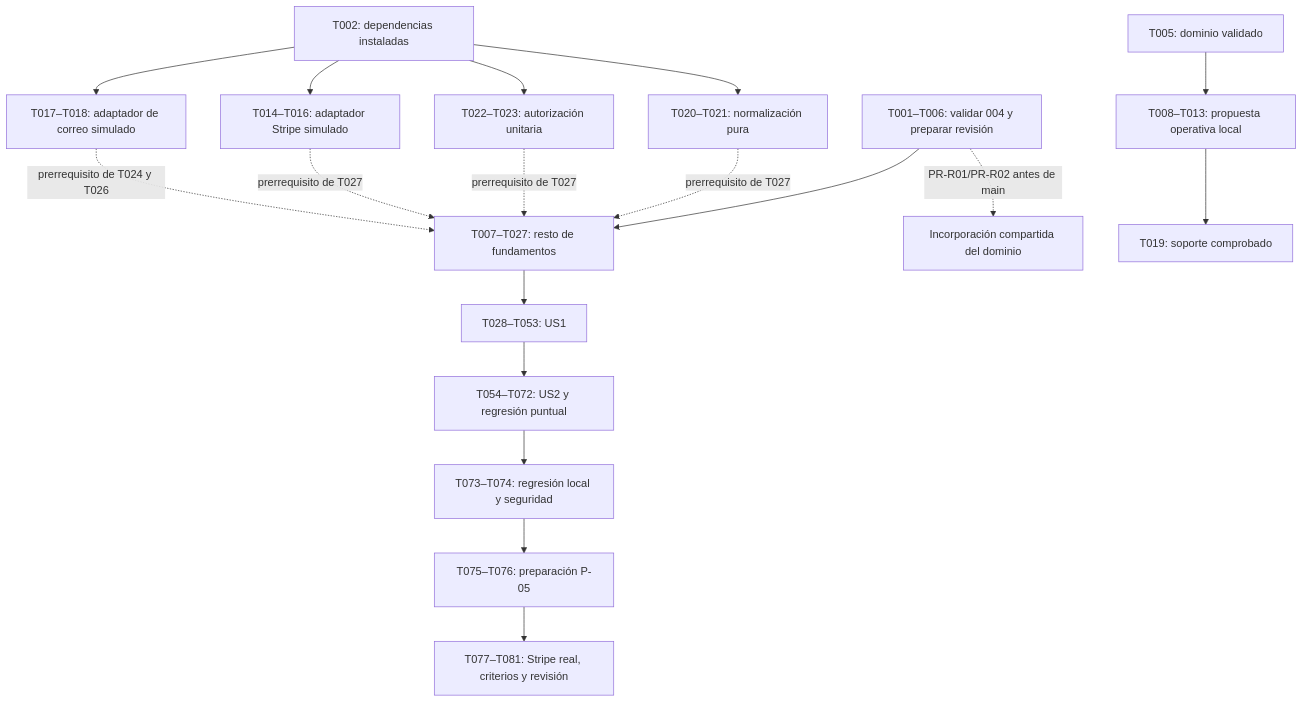
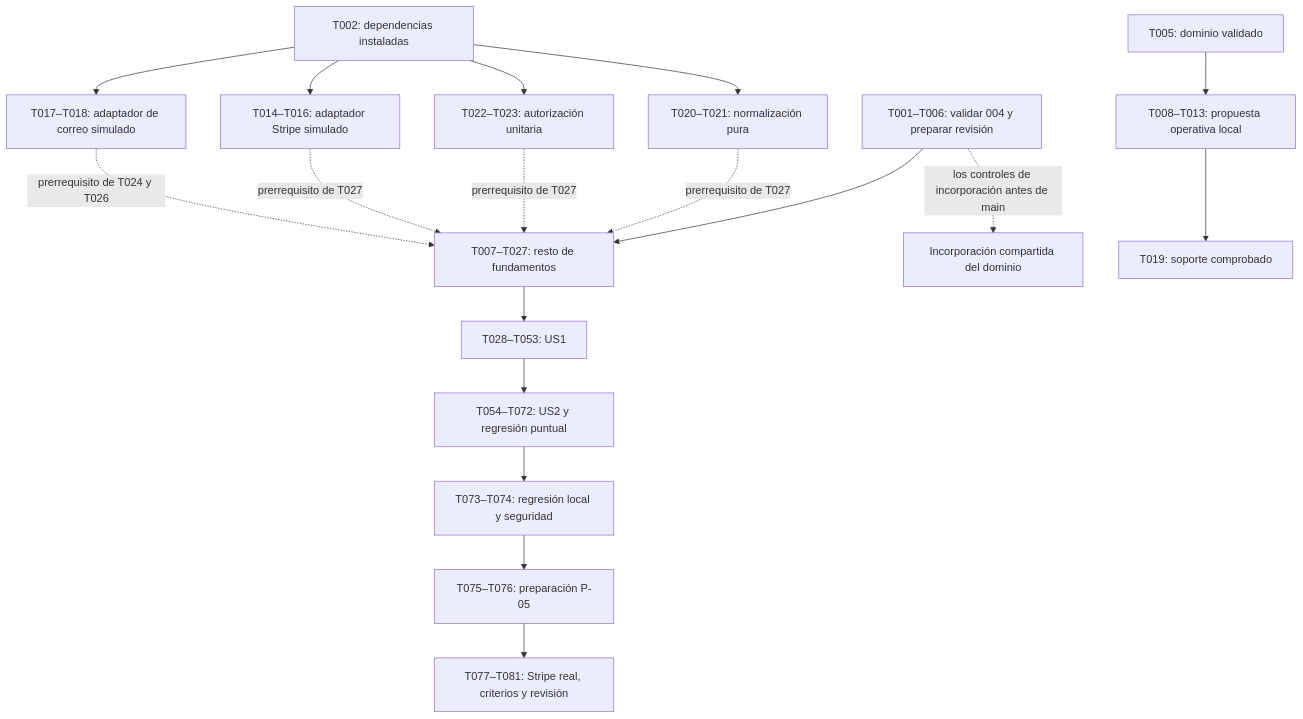
Before and after one commit to nmp55-ua/IWEB_ONG: the diagram in specs/spec-001/tasks.md, drawn with Mermaid. The commit also changed other lines of this file and 46 other files, not shown here.

````diff
--- a/specs/spec-001/tasks.md
+++ b/specs/spec-001/tasks.md
@@ -632,20 +634,20 @@
 ```mermaid
 flowchart TD
     A["T001–T006: validar 004 y preparar revisión"] --> B["T007–T027: resto de fundamentos"]
-    A -. "PR-R01/PR-R02 antes de main" .-> R["Incorporación compartida del dominio"]
+    A -. "los controles de incorporación antes de main" .-> R["Incorporación compartida del dominio"]
     L["T005: dominio validado"] --> O["T008–T013: propuesta operativa local"]
     O --> H["T019: soporte comprobado"]
     N["T002: dependencias instaladas"] --> P["T020–T021: normalización pura"]
     P -. "prerrequisito de T027" .-> B
     N --> U["T022–T023: autorización unitaria"]
     U -. "prerrequisito de T027" .-> B
     N --> Q["T014–T016: adaptador Stripe simulado"]
     Q -. "prerrequisito de T027" .-> B
     N --> S["T017–T018: adaptador de correo simulado"]
     S -. "prerrequisito de T024 y T026" .-> B
     B --> C["T028–T053: US1"]
     C --> D["T054–T072: US2 y regresión puntual"]
     D --> E["T073–T074: regresión local y seguridad"]
     E --> F["T075–T076: preparación P-05"]
     F --> G["T077–T081: Stripe real, criterios y revisión"]
 ```
````
